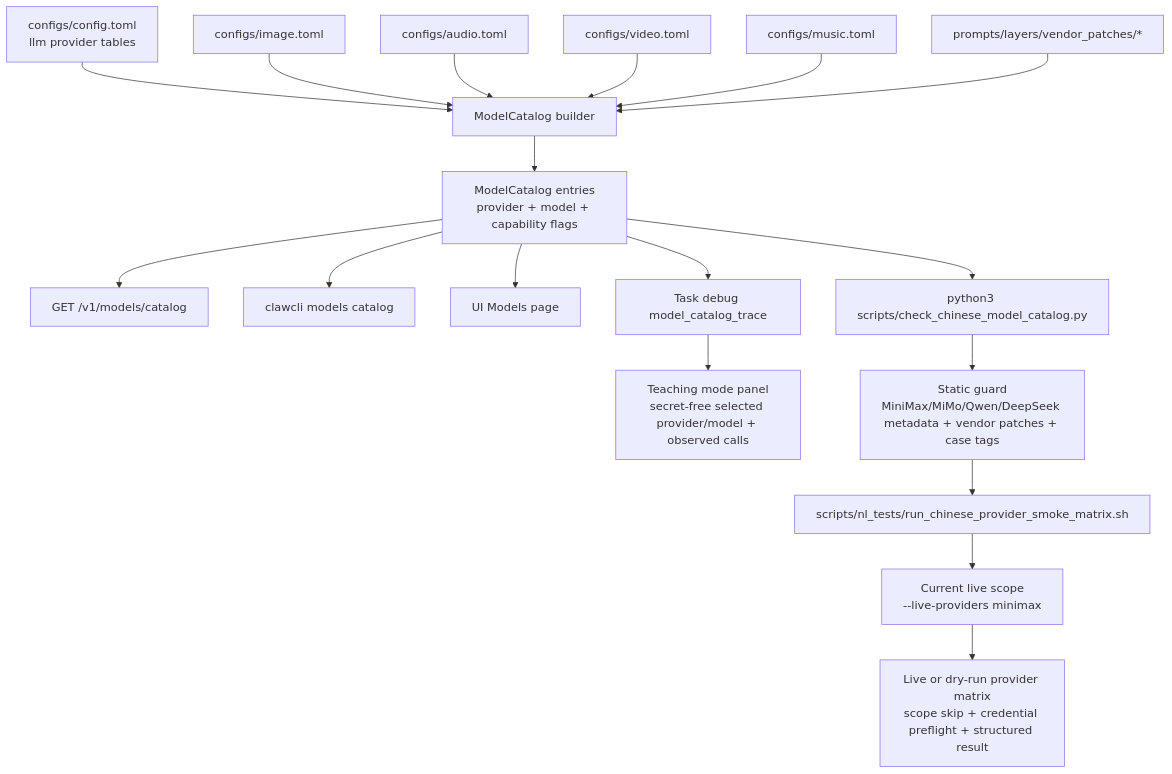
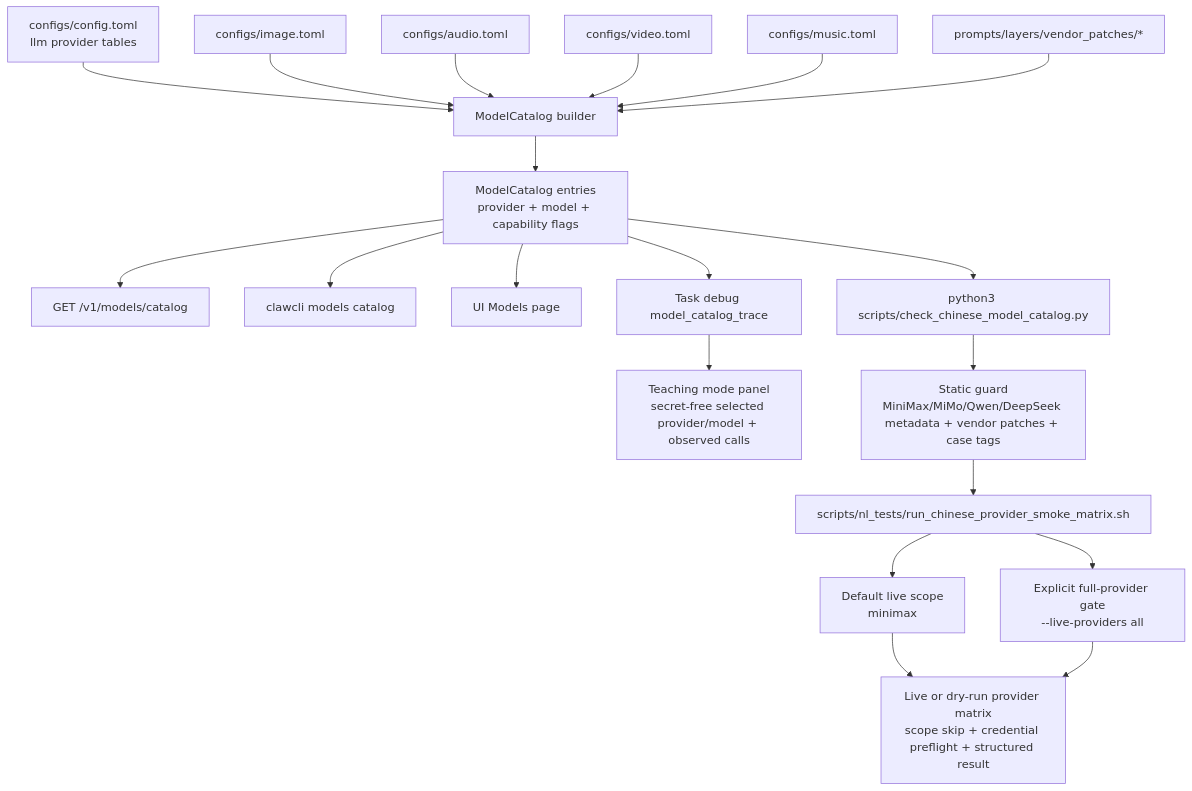
Diagram 16 of 16 in README.md (MatrixCoreX/RustClaw), drawn with Mermaid before and after one commit. The commit also changed other lines of this file and 3 other files, not shown here.

Commit message:
Default Chinese provider smoke to MiniMax scope

````diff
--- a/README.md
+++ b/README.md
@@ -744,20 +744,22 @@
 ```mermaid
 flowchart TD
     A[configs/config.toml<br/>llm provider tables] --> B[ModelCatalog builder]
     C[configs/image.toml] --> B
     D[configs/audio.toml] --> B
     E[configs/video.toml] --> B
     F[configs/music.toml] --> B
     G[prompts/layers/vendor_patches/*] --> B
     B --> H[ModelCatalog entries<br/>provider + model + capability flags]
     H --> I[GET /v1/models/catalog]
     H --> J[clawcli models catalog]
     H --> K[UI Models page]
     H --> L[Task debug model_catalog_trace]
     L --> M[Teaching mode panel<br/>secret-free selected provider/model + observed calls]
     H --> N[python3 scripts/check_chinese_model_catalog.py]
     N --> O[Static guard<br/>MiniMax/MiMo/Qwen/DeepSeek metadata + vendor patches + case tags]
     O --> P[scripts/nl_tests/run_chinese_provider_smoke_matrix.sh]
-    P --> PS[Current live scope<br/>--live-providers minimax]
+    P --> PS[Default live scope<br/>minimax]
     PS --> Q[Live or dry-run provider matrix<br/>scope skip + credential preflight + structured result]
+    P --> R[Explicit full-provider gate<br/>--live-providers all]
+    R --> Q
 ```
````
